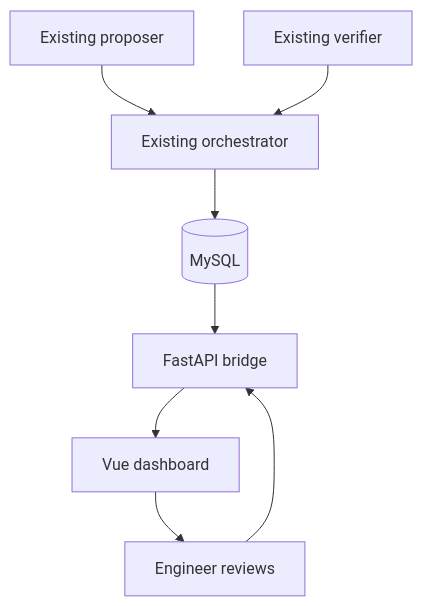
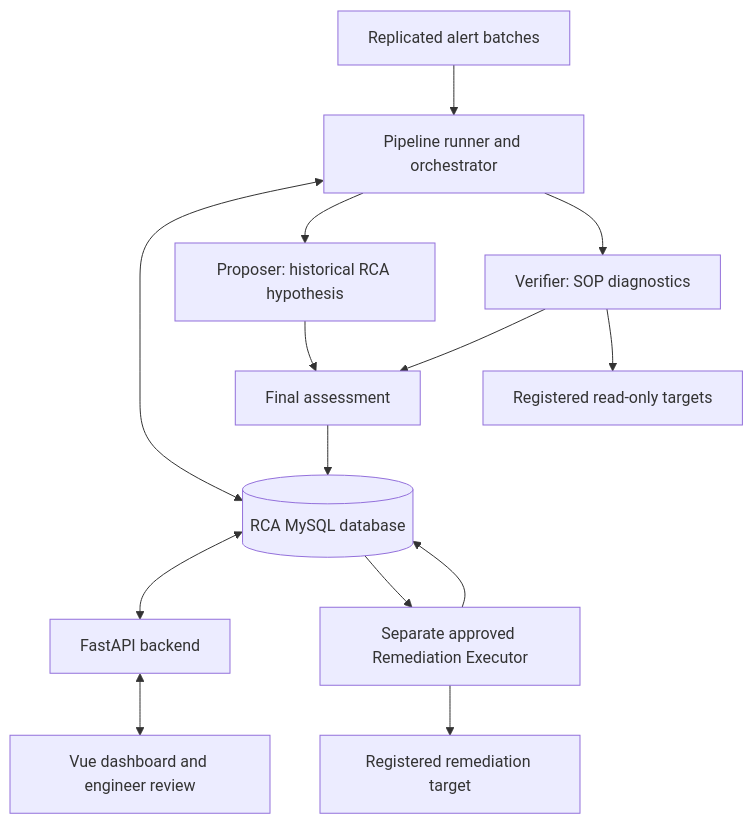
One commit to weiyoung33/RCA changed the diagram in README.md. Above: the diagram before and after it, drawn with Mermaid. The commit also changed other lines of this file, not shown here.

Commit message:
Update RCA architecture, onboarding and deployment documentation

````diff
--- a/README.md
+++ b/README.md
@@ -22,10 +30,16 @@
 ```mermaid
 flowchart TD
-    O["Existing orchestrator"] --> DB[("MySQL")]
-    P["Existing proposer"] --> O
-    V["Existing verifier"] --> O
-    DB --> API["FastAPI bridge"]
-    API --> UI["Vue dashboard"]
-    UI --> R["Engineer reviews"]
-    R --> API
+    Alerts["Replicated alert batches"] --> Runner["Pipeline runner and orchestrator"]
+    Runner <--> DB[("RCA MySQL database")]
+    Runner --> Proposer["Proposer: historical RCA hypothesis"]
+    Runner --> Verifier["Verifier: SOP diagnostics"]
+    Proposer --> Assessment["Final assessment"]
+    Verifier --> Assessment
+    Assessment --> DB
+    Verifier --> Diagnostics["Registered read-only targets"]
+    DB <--> API["FastAPI backend"]
+    API <--> UI["Vue dashboard and engineer review"]
+    DB --> Executor["Separate approved Remediation Executor"]
+    Executor --> Targets["Registered remediation target"]
+    Executor --> DB
 ```
````
